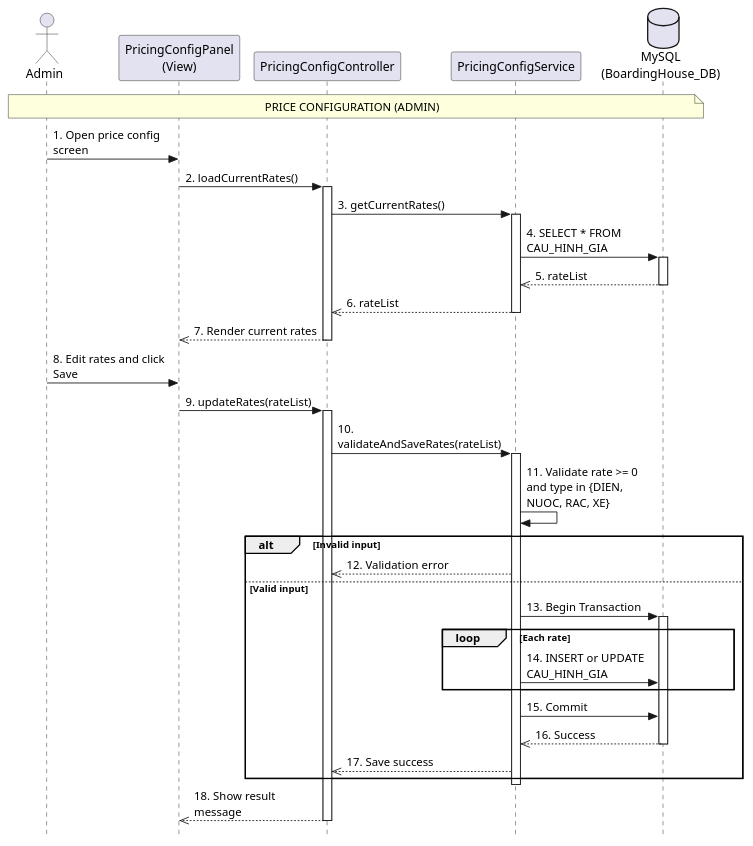
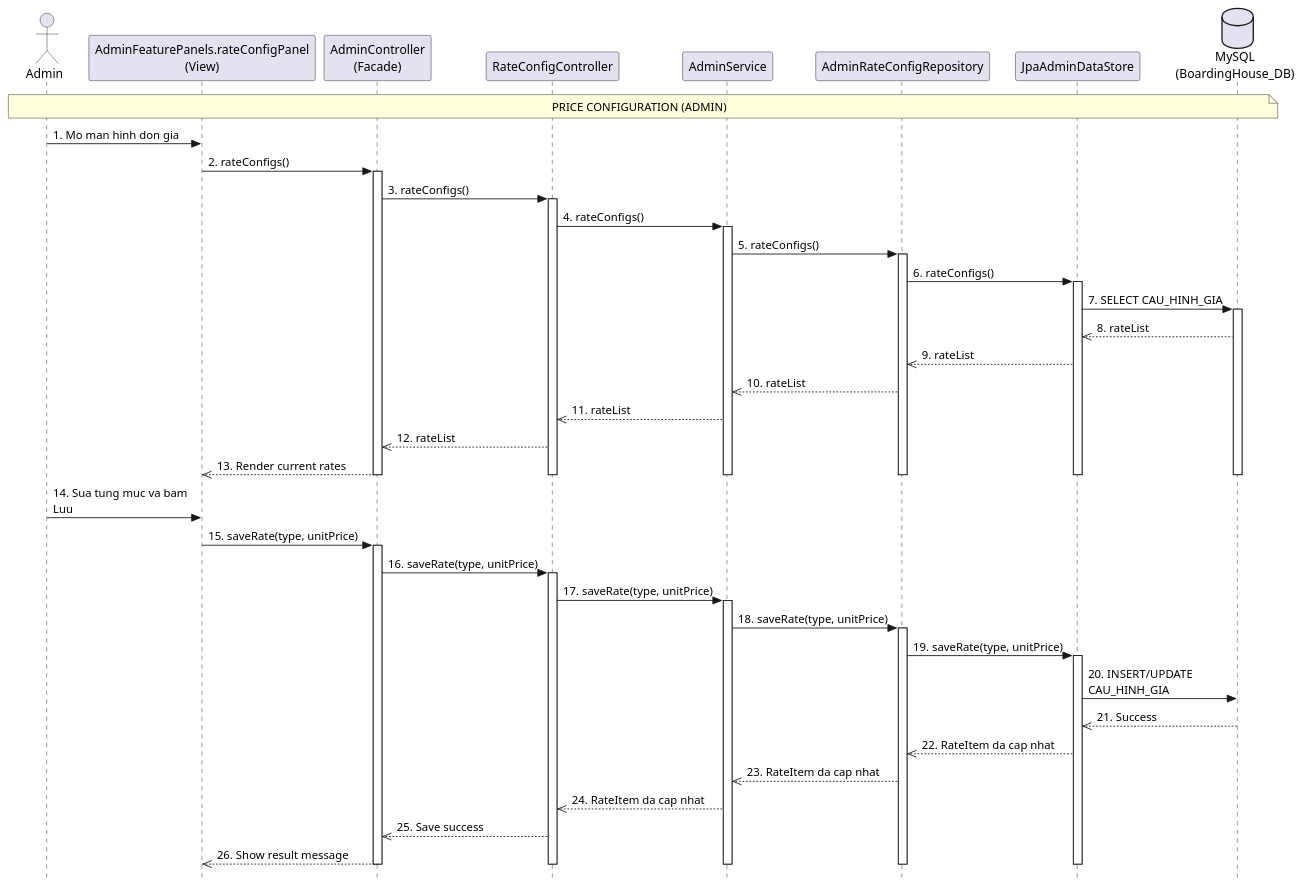
One commit to ongming/Boarding-House-Management-System changed the diagram in src/main/java/com/example/house/uml/sequence/sequence_price_config_admin.puml. Above: the diagram before and after it, drawn with PlantUML. The commit also changed 50 other files, not shown here.

```diff
--- a/src/main/java/com/example/house/uml/sequence/sequence_price_config_admin.puml
+++ b/src/main/java/com/example/house/uml/sequence/sequence_price_config_admin.puml
@@ -1,51 +1,66 @@
 @startuml
 skinparam style strictuml
-skinparam maxMessageSize 150
+skinparam maxMessageSize 180
 
 actor "Admin" as Admin
-participant "PricingConfigPanel\n(View)" as View
-participant "PricingConfigController" as Controller
-participant "PricingConfigService" as Service
+participant "AdminFeaturePanels.rateConfigPanel\n(View)" as View
+participant "AdminController\n(Facade)" as Facade
+participant "RateConfigController" as Controller
+participant "AdminService" as Service
+participant "AdminRateConfigRepository" as Repository
+participant "JpaAdminDataStore" as DataStore
 database "MySQL\n(BoardingHouse_DB)" as DB
 
 Note over Admin, DB: PRICE CONFIGURATION (ADMIN)
 
-Admin -> View : 1. Open price config screen
-View -> Controller : 2. loadCurrentRates()
+Admin -> View : 1. Mo man hinh don gia
+View -> Facade : 2. rateConfigs()
+activate Facade
+Facade -> Controller : 3. rateConfigs()
 activate Controller
-Controller -> Service : 3. getCurrentRates()
+Controller -> Service : 4. rateConfigs()
 activate Service
-Service -> DB : 4. SELECT * FROM CAU_HINH_GIA
+Service -> Repository : 5. rateConfigs()
+activate Repository
+Repository -> DataStore : 6. rateConfigs()
+activate DataStore
+DataStore -> DB : 7. SELECT CAU_HINH_GIA
 activate DB
-DB -->> Service : 5. rateList
-Deactivate DB
-Service -->> Controller : 6. rateList
-Deactivate Service
-Controller -->> View : 7. Render current rates
-Deactivate Controller
+DB -->> DataStore : 8. rateList
+DataStore -->> Repository : 9. rateList
+Repository -->> Service : 10. rateList
+Service -->> Controller : 11. rateList
+Controller -->> Facade : 12. rateList
+Facade -->> View : 13. Render current rates
+deactivate DB
+deactivate DataStore
+deactivate Repository
+deactivate Service
+deactivate Controller
+deactivate Facade
 
-Admin -> View : 8. Edit rates and click Save
-View -> Controller : 9. updateRates(rateList)
+Admin -> View : 14. Sua tung muc va bam Luu
+View -> Facade : 15. saveRate(type, unitPrice)
+activate Facade
+Facade -> Controller : 16. saveRate(type, unitPrice)
 activate Controller
-Controller -> Service : 10. validateAndSaveRates(rateList)
+Controller -> Service : 17. saveRate(type, unitPrice)
 activate Service
+Service -> Repository : 18. saveRate(type, unitPrice)
+activate Repository
+Repository -> DataStore : 19. saveRate(type, unitPrice)
+activate DataStore
+DataStore -> DB : 20. INSERT/UPDATE CAU_HINH_GIA
+DB -->> DataStore : 21. Success
+DataStore -->> Repository : 22. RateItem da cap nhat
+Repository -->> Service : 23. RateItem da cap nhat
+Service -->> Controller : 24. RateItem da cap nhat
+Controller -->> Facade : 25. Save success
+Facade -->> View : 26. Show result message
 
-Service -> Service : 11. Validate rate >= 0 and type in {DIEN, NUOC, RAC, XE}
-alt Invalid input
-    Service -->> Controller : 12. Validation error
-else Valid input
-    Service -> DB : 13. Begin Transaction
-    activate DB
-    loop Each rate
-        Service -> DB : 14. INSERT or UPDATE CAU_HINH_GIA
-    end
-    Service -> DB : 15. Commit
-    DB -->> Service : 16. Success
-    deactivate DB
-    Service -->> Controller : 17. Save success
-end
-
-Deactivate Service
-Controller -->> View : 18. Show result message
-Deactivate Controller
+deactivate DataStore
+deactivate Repository
+deactivate Service
+deactivate Controller
+deactivate Facade
 @enduml
```
